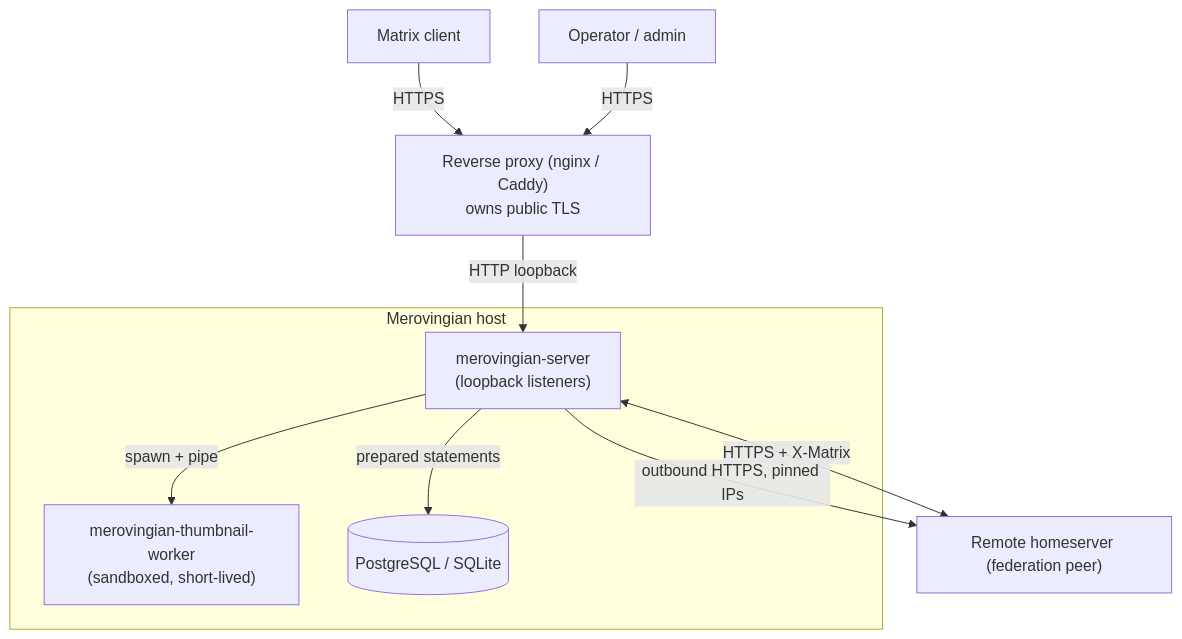
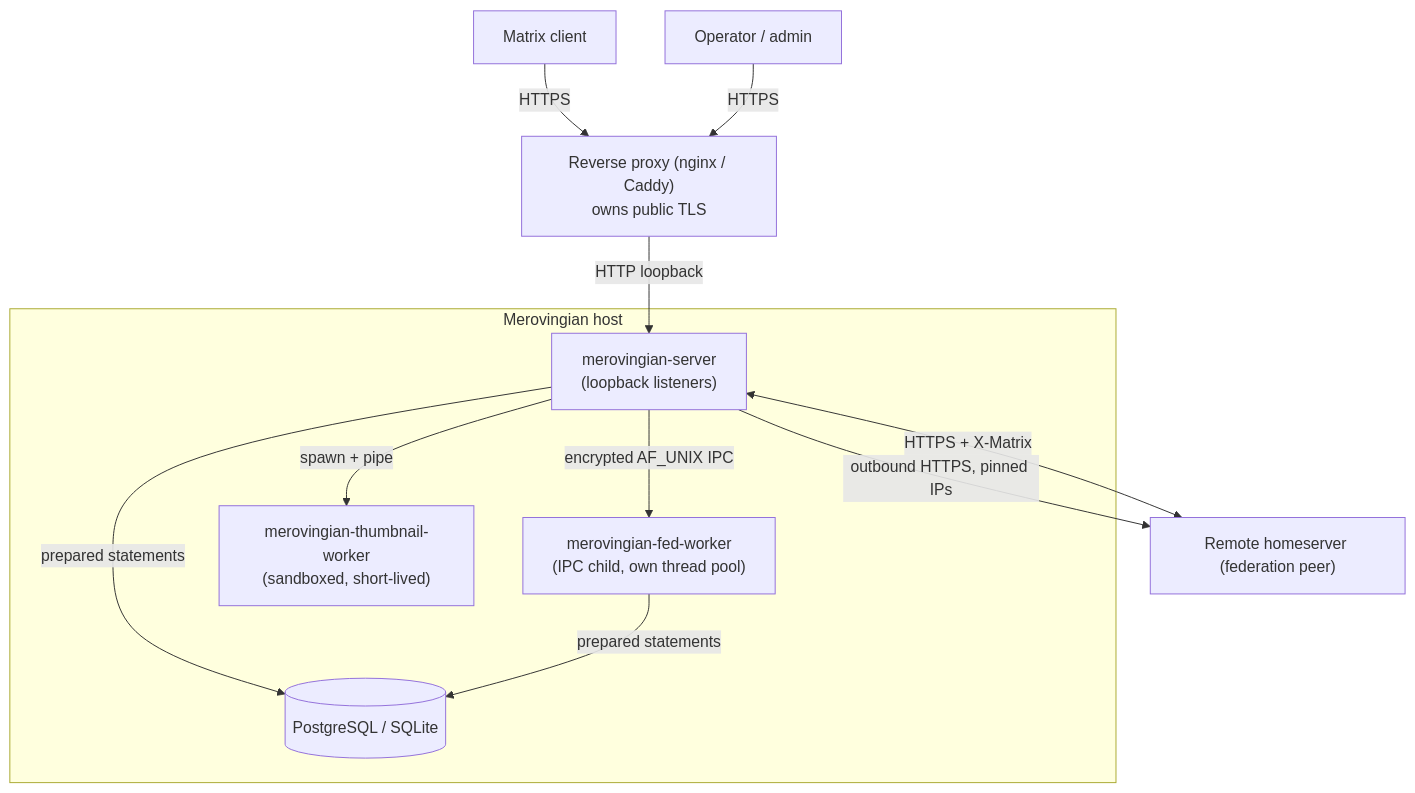
Before and after one commit to OMG-Software/Merovingian: the first of 6 diagrams in docs/architecture.md, drawn with Mermaid. The commit also changed other lines of this file and 43 other files, not shown here.

````diff
--- a/docs/architecture.md
+++ b/docs/architecture.md
@@ -19,21 +19,24 @@
 ```mermaid
 flowchart TB
     client["Matrix client"]
     remote["Remote homeserver (federation peer)"]
     admin["Operator / admin"]
     proxy["Reverse proxy (nginx / Caddy)<br/>owns public TLS"]
 
     subgraph host["Merovingian host"]
         server["merovingian-server<br/>(loopback listeners)"]
-        worker["merovingian-thumbnail-worker<br/>(sandboxed, short-lived)"]
+        fedworker["merovingian-fed-worker<br/>(IPC child, own thread pool)"]
+        thumbnail["merovingian-thumbnail-worker<br/>(sandboxed, short-lived)"]
         db[("PostgreSQL / SQLite")]
     end
 
     client -->|HTTPS| proxy
     admin -->|HTTPS| proxy
     proxy -->|HTTP loopback| server
     remote <-->|HTTPS + X-Matrix| server
-    server -->|spawn + pipe| worker
+    server -->|encrypted AF_UNIX IPC| fedworker
+    server -->|spawn + pipe| thumbnail
     server -->|prepared statements| db
+    fedworker -->|prepared statements| db
     server -->|outbound HTTPS, pinned IPs| remote
 ```
````
